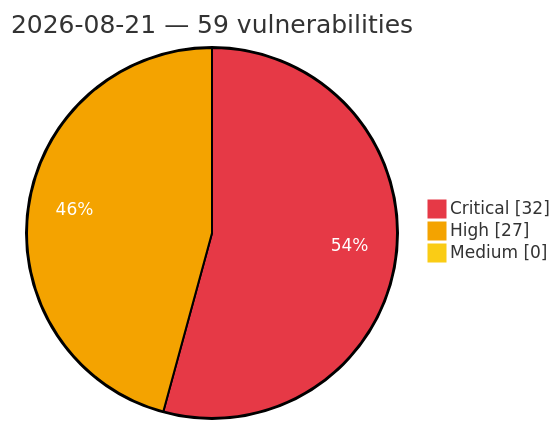
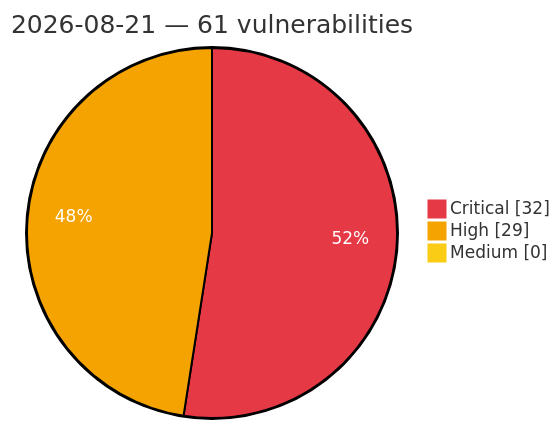
Before and after one commit to GhostX0X/vuln-tracker: the diagram in vulnerabilities/2026/August/2026-08-21.md, drawn with Mermaid. The commit also changed other lines of this file and 5 other files, not shown here.

````diff
--- a/vulnerabilities/2026/August/2026-08-21.md
+++ b/vulnerabilities/2026/August/2026-08-21.md
@@ -3,8 +3,8 @@
 ```mermaid
 %%{init: {'theme':'base', 'themeVariables': {'pie1':'#e63946', 'pie2':'#f4a300', 'pie3':'#facc15', 'pieOpacity':'1', 'pieOuterStrokeWidth':'2px', 'pieSectionTextColor':'#ffffff'}}}%%
 pie showData
-    title 2026-08-21 — 59 vulnerabilities
+    title 2026-08-21 — 61 vulnerabilities
     "Critical" : 32
-    "High" : 27
+    "High" : 29
     "Medium" : 0
 ```
````
